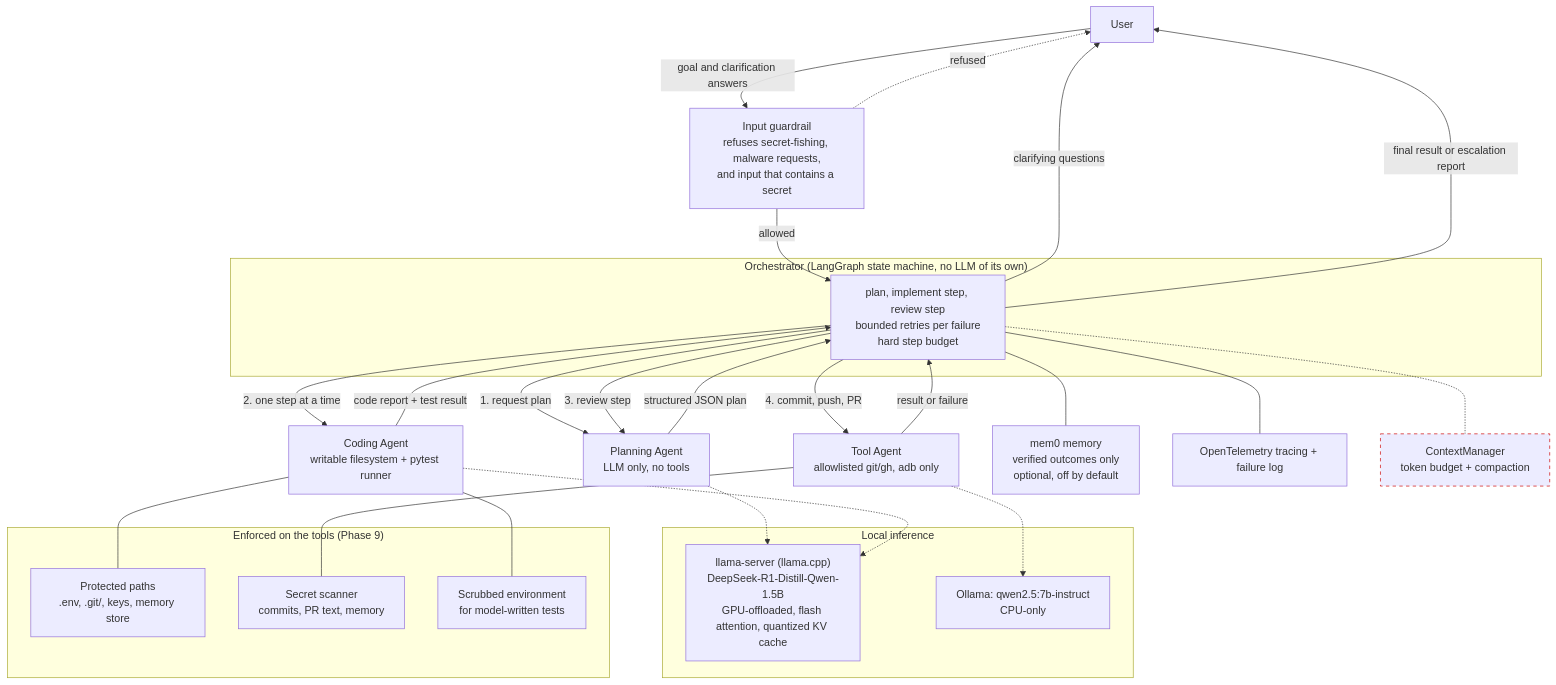
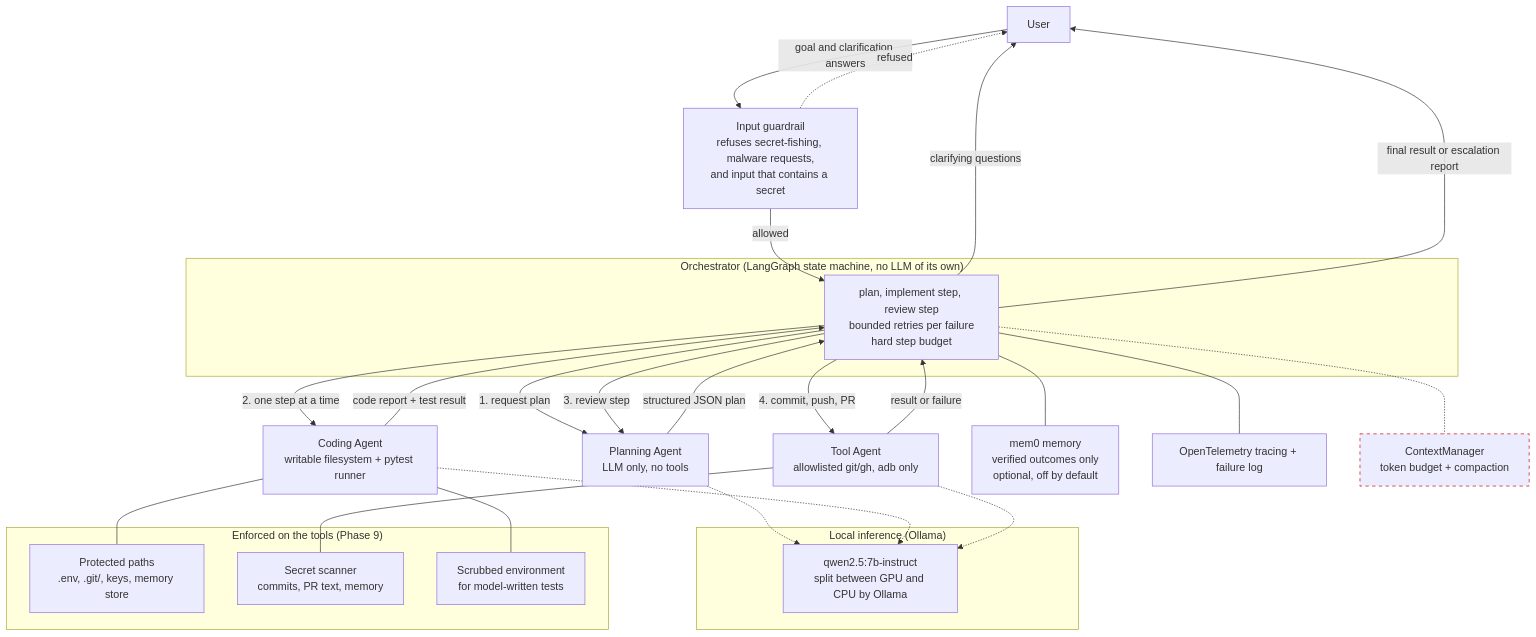
Before and after one commit to SumukhaK/claude-multiagent: the diagram in README.md, drawn with Mermaid. The commit also changed other lines of this file and 6 other files, not shown here.

````diff
--- a/README.md
+++ b/README.md
@@ -16,49 +17,48 @@
 ```mermaid
 flowchart TB
     U[User]
     GIN["Input guardrail<br/>refuses secret-fishing, malware requests,<br/>and input that contains a secret"]
     U -->|goal and clarification answers| GIN
     GIN -.->|refused| U
 
     subgraph Orchestrator["Orchestrator (LangGraph state machine, no LLM of its own)"]
         O["plan, implement step, review step<br/>bounded retries per failure<br/>hard step budget"]
     end
     GIN -->|allowed| O
     O -->|clarifying questions| U
     O -->|final result or escalation report| U
 
     O -->|"1. request plan"| P["Planning Agent<br/>LLM only, no tools"]
     P -->|structured JSON plan| O
     O -->|"2. one step at a time"| C["Coding Agent<br/>writable filesystem + pytest runner"]
     C -->|code report + test result| O
     O -->|"3. review step"| P
     O -->|"4. commit, push, PR"| T["Tool Agent<br/>allowlisted git/gh, adb only"]
     T -->|result or failure| O
 
-    subgraph LLMs["Local inference"]
-        LS["llama-server (llama.cpp)<br/>DeepSeek-R1-Distill-Qwen-1.5B<br/>GPU-offloaded, flash attention, quantized KV cache"]
-        OL["Ollama: qwen2.5:7b-instruct<br/>CPU-only"]
+    subgraph LLMs["Local inference (Ollama)"]
+        OL["qwen2.5:7b-instruct<br/>split between GPU and CPU by Ollama"]
     end
-    P -.-> LS
-    C -.-> LS
+    P -.-> OL
+    C -.-> OL
     T -.-> OL
 
     subgraph Boundaries["Enforced on the tools (Phase 9)"]
         PP["Protected paths<br/>.env, .git/, keys, memory store"]
         SS["Secret scanner<br/>commits, PR text, memory"]
         ENV["Scrubbed environment<br/>for model-written tests"]
     end
     C --- PP
     C --- ENV
     T --- SS
 
     MEM["mem0 memory<br/>verified outcomes only<br/>optional, off by default"]
     OTEL["OpenTelemetry tracing + failure log"]
     CTX["ContextManager<br/>token budget + compaction"]
     O --- MEM
     O --- OTEL
     O -.- CTX
 
     classDef notwired stroke:#c00,stroke-dasharray: 5 5
     class CTX notwired
 ```
````
